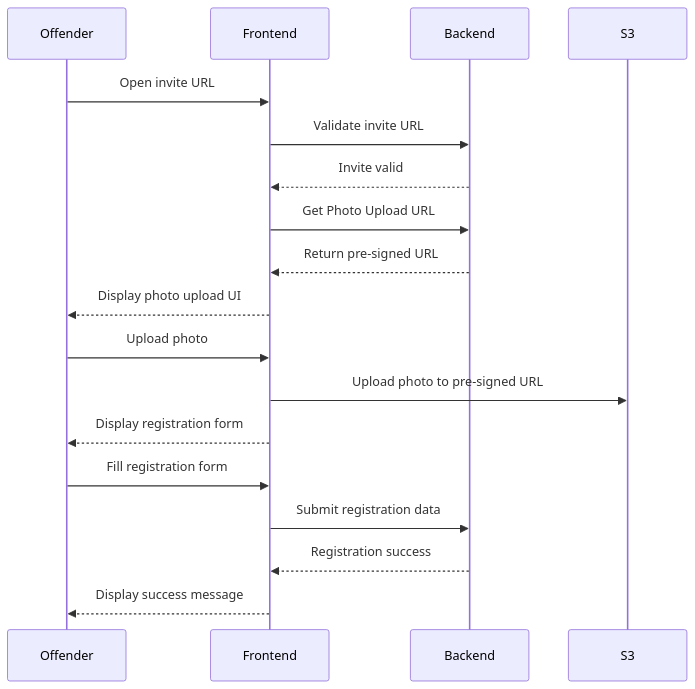
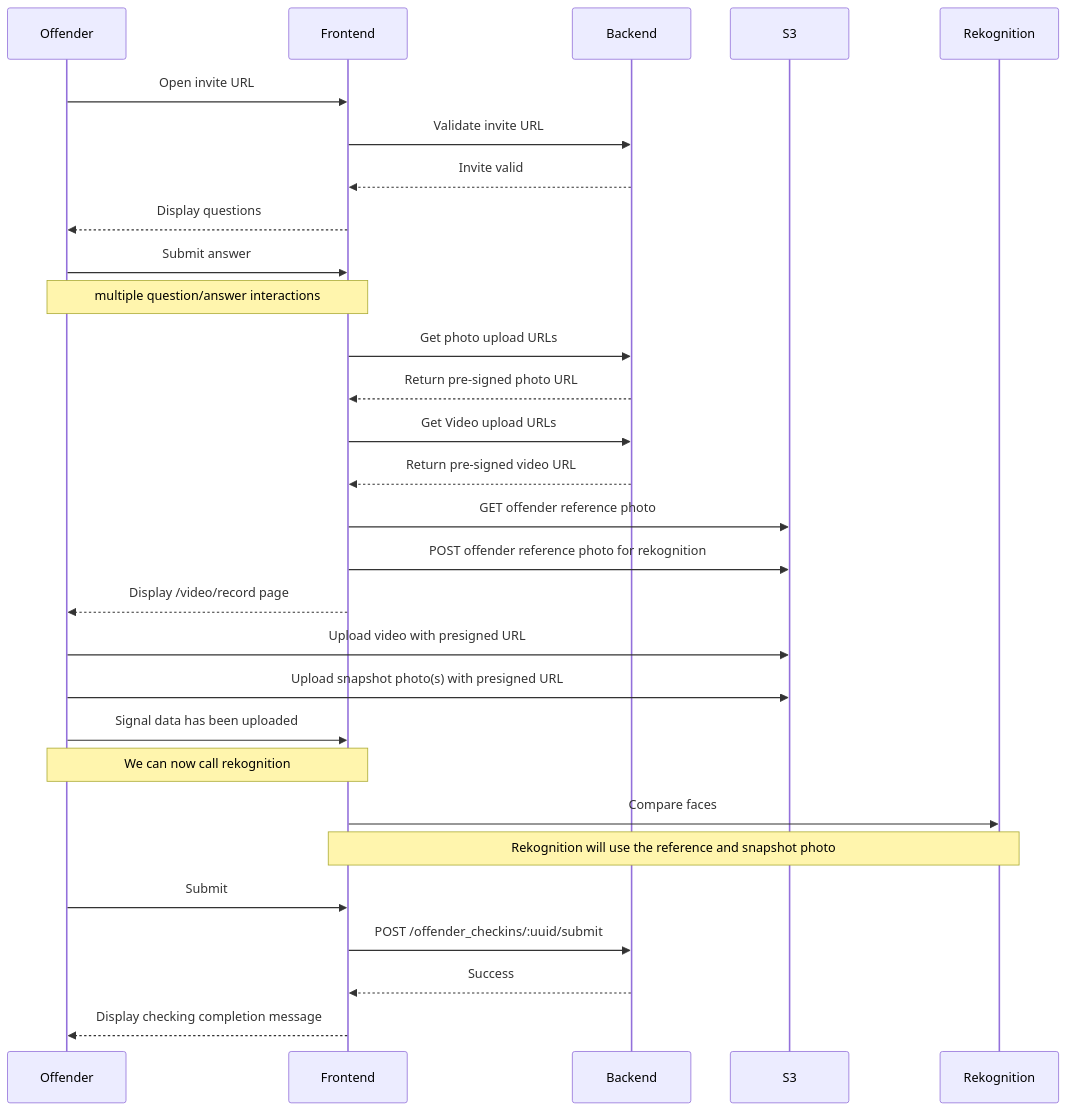
The second of 2 diagrams in docs/interactions.md (ministryofjustice/hmpps-esupervision-api), drawn with Mermaid before and after one commit.

Commit message:
update docs/interactions.md diagrams

````diff
--- a/docs/interactions.md
+++ b/docs/interactions.md
@@ -37,21 +37,32 @@
 ```mermaid
 sequenceDiagram
     participant Offender
     participant Frontend
     participant Backend
     participant S3
+    participant Rekognition
         
     Offender->>Frontend: Open invite URL
     Frontend->>Backend: Validate invite URL
     Backend-->>Frontend: Invite valid
-    Frontend->>Backend: Get Photo Upload URL
-    Backend-->>Frontend: Return pre-signed URL
-    Frontend-->>Offender: Display photo upload UI
-    Offender->>Frontend: Upload photo
-    Frontend->>S3: Upload photo to pre-signed URL
-    Frontend-->>Offender: Display registration form
-    Offender->>Frontend: Fill registration form
-    Frontend->>Backend: Submit registration data
-    Backend-->>Frontend: Registration success
-    Frontend-->>Offender: Display success message
+    Frontend-->>Offender: Display questions
+    Offender->>Frontend: Submit answer
+    Note over Offender,Frontend: multiple question/answer interactions
+    Frontend->>Backend: Get photo upload URLs
+    Backend-->>Frontend: Return pre-signed photo URL
+    Frontend->>Backend: Get Video upload URLs
+    Backend-->>Frontend: Return pre-signed video URL
+    Frontend->>S3: GET offender reference photo
+    Frontend->>S3: POST offender reference photo for rekognition
+    Frontend-->>Offender: Display /video/record page
+    Offender->>S3: Upload video with presigned URL
+    Offender->>S3: Upload snapshot photo(s) with presigned URL
+    Offender->>Frontend: Signal data has been uploaded
+    Note over Offender,Frontend: We can now call rekognition
+    Frontend->>Rekognition: Compare faces
+    Note over Frontend,Rekognition: Rekognition will use the reference and snapshot photo
+    Offender->>Frontend: Submit
+    Frontend->>Backend: POST /offender_checkins/:uuid/submit
+    Backend-->>Frontend: Success
+    Frontend-->>Offender: Display checking completion message
 ```
````
